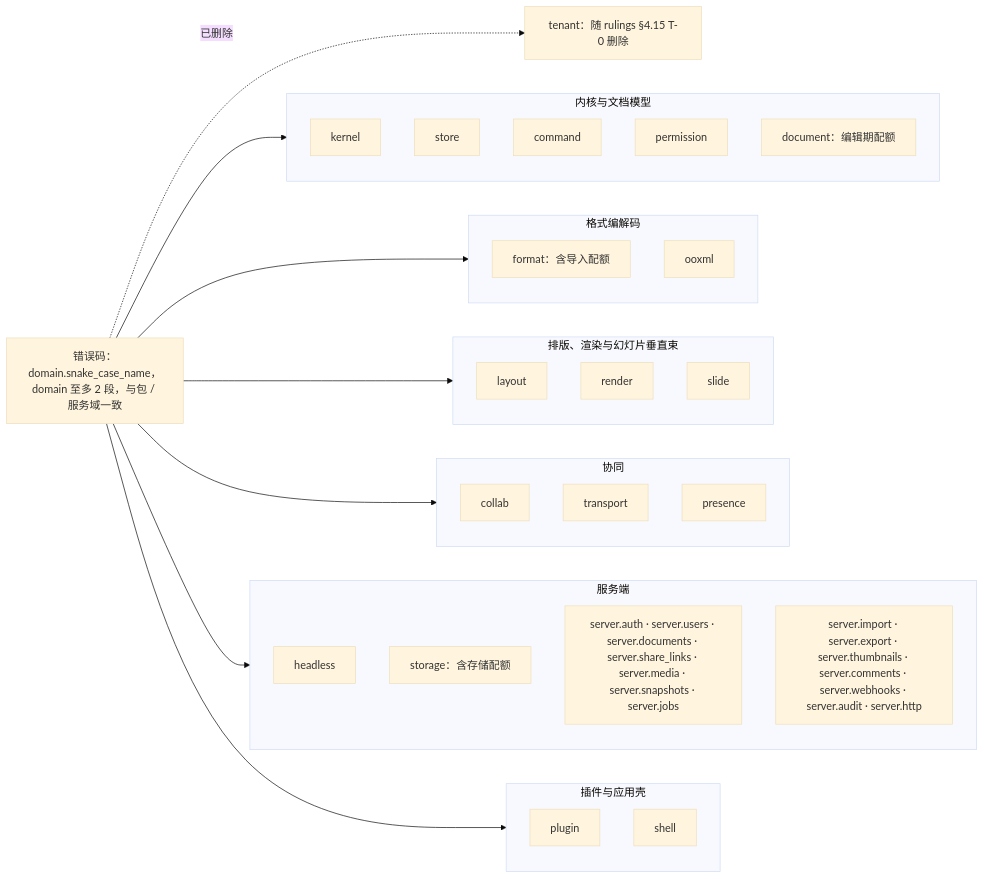
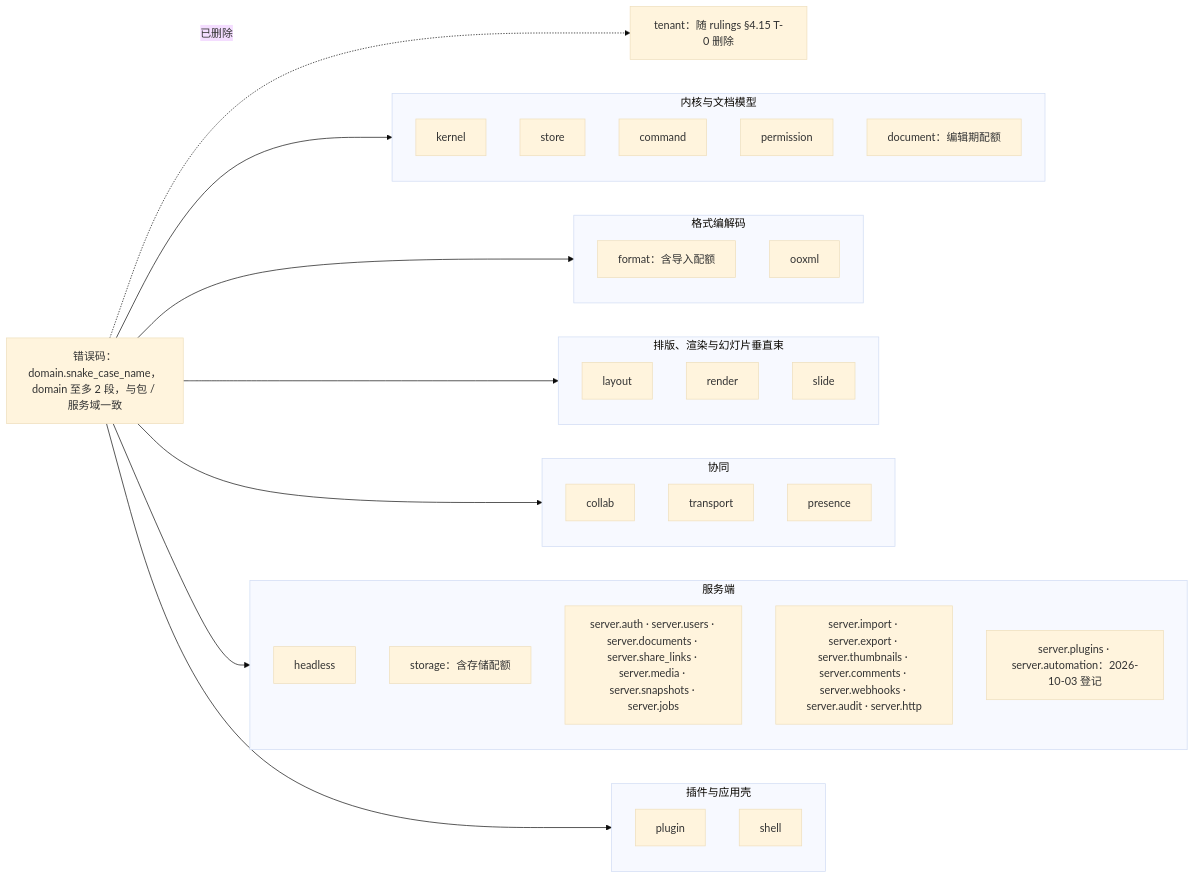
The second of 9 diagrams in docs/30-architecture/10-observability-and-errors.md (Xeonice/cordis-ppt-editor), drawn with Mermaid (base theme) before and after one commit. The commit also changed other lines of this file and 9 other files, not shown here.

````diff
--- a/docs/30-architecture/10-observability-and-errors.md
+++ b/docs/30-architecture/10-observability-and-errors.md
@@ -74,38 +74,39 @@
 ```mermaid
 flowchart LR
   code["错误码：domain.snake_case_name，domain 至多 2 段，与包 / 服务域一致"]
   subgraph coreG["内核与文档模型"]
     dKernel["kernel"]
     dStore["store"]
     dCommand["command"]
     dPermission["permission"]
     dDocument["document：编辑期配额"]
   end
   subgraph formatG["格式编解码"]
     dFormat["format：含导入配额"]
     dOoxml["ooxml"]
   end
   subgraph renderG["排版、渲染与幻灯片垂直束"]
     dLayout["layout"]
     dRender["render"]
     dSlide["slide"]
   end
   subgraph collabG["协同"]
     dCollab["collab"]
     dTransport["transport"]
     dPresence["presence"]
   end
   subgraph serverG["服务端"]
     dHeadless["headless"]
     dStorage["storage：含存储配额"]
     dServer["server.auth · server.users · server.documents · server.share_links · server.media · server.snapshots · server.jobs"]
     dServer2["server.import · server.export · server.thumbnails · server.comments · server.webhooks · server.audit · server.http"]
+    dServer3["server.plugins · server.automation：2026-10-03 登记"]
   end
   subgraph shellG["插件与应用壳"]
     dPlugin["plugin"]
     dShell["shell"]
   end
   removed["tenant：随 rulings §4.15 T-0 删除"]
   code --> coreG & formatG & renderG & collabG & serverG & shellG
   code -. "已删除" .-> removed
 ```
````
